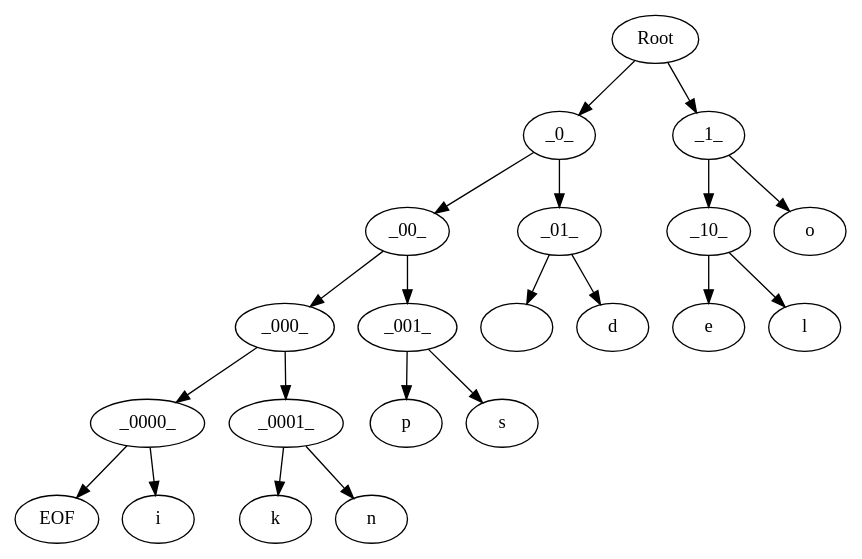
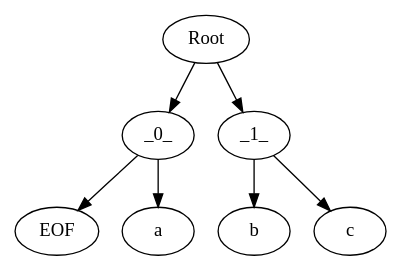
The diagram in output/graph.gv (AnthonyB28/HuffmanCode), drawn with Graphviz before and after one commit. The commit also changed 3 other files, not shown here.

```diff
--- a/output/graph.gv
+++ b/output/graph.gv
@@ -1,22 +1,8 @@
 digraph G {
 Root -> _0_
-_0_ -> _00_
-_00_ -> _000_
-_000_ -> _0000_
-_0000_ -> EOF
-_0000_ -> "i"
-_000_ -> _0001_
-_0001_ -> "k"
-_0001_ -> "n"
-_00_ -> _001_
-_001_ -> "p"
-_001_ -> "s"
-_0_ -> _01_
-_01_ -> " "
-_01_ -> "d"
+_0_ -> EOF
+_0_ -> "a"
 Root -> _1_
-_1_ -> _10_
-_10_ -> "e"
-_10_ -> "l"
-_1_ -> "o"
+_1_ -> "b"
+_1_ -> "c"
 }
```
